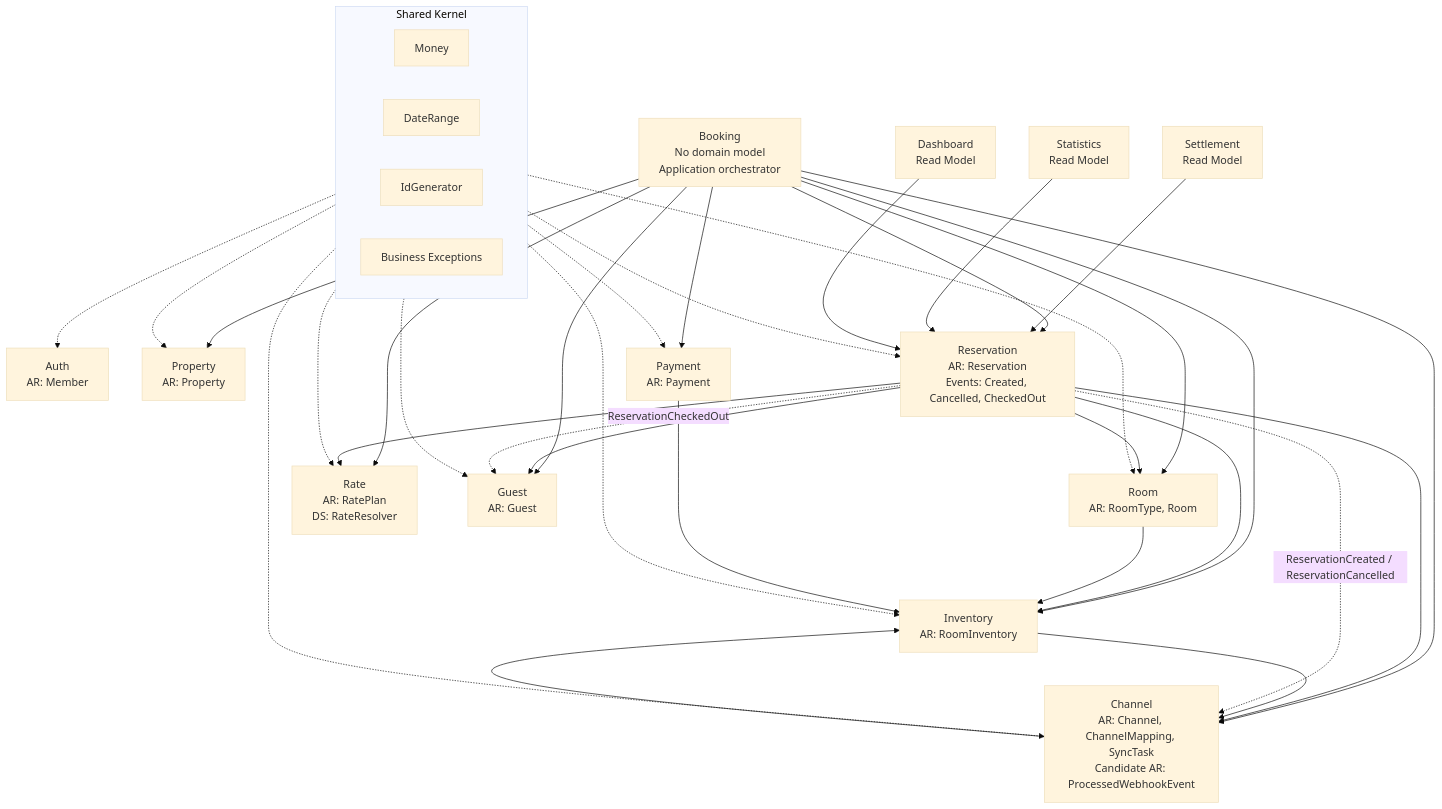
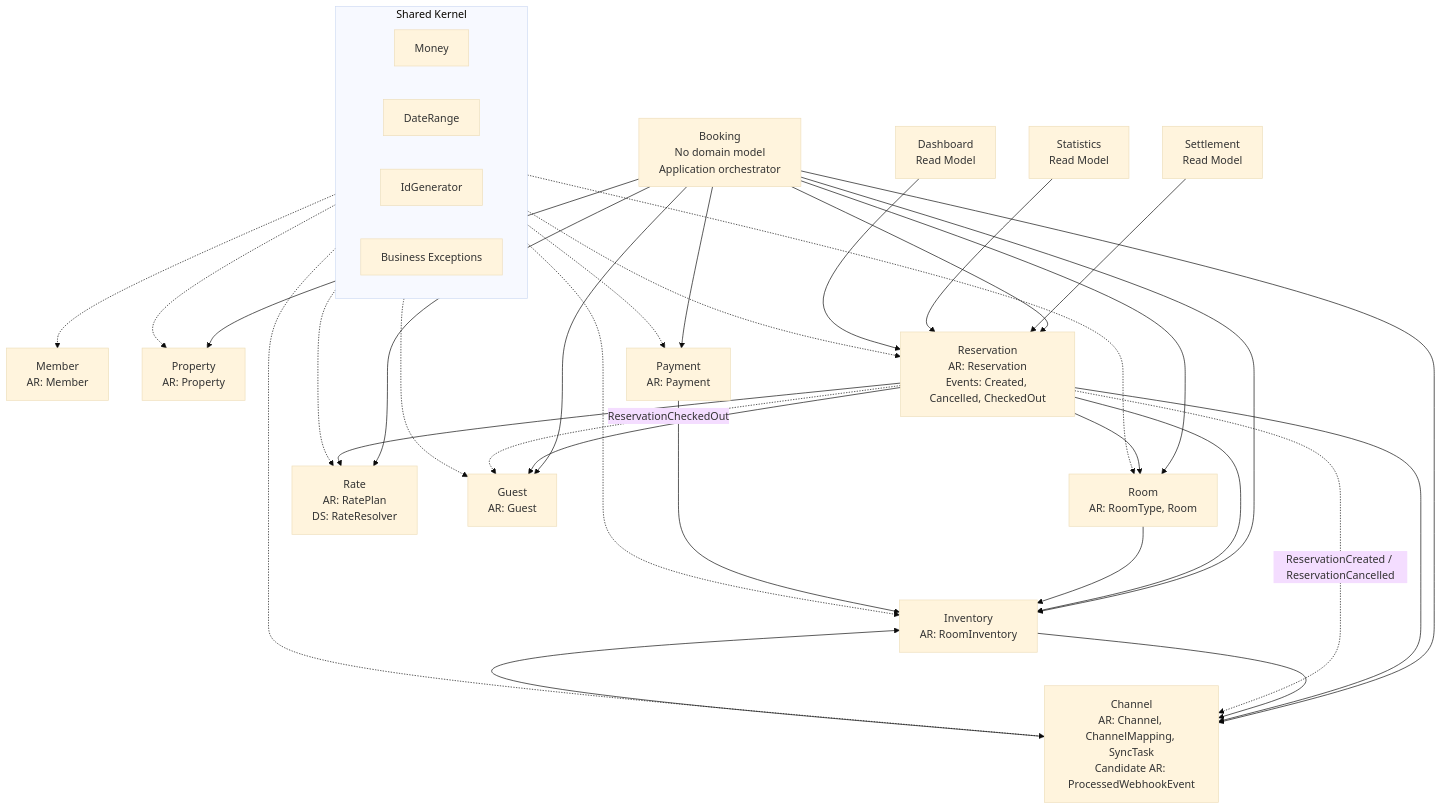
One commit to Voyager003/stayops changed the diagram in docs/domain-model/01-bounded-context-map.md. Above: the diagram before and after it, drawn with Mermaid (base theme). The commit also changed other lines of this file and 78 other files, not shown here.

````diff
--- a/docs/domain-model/01-bounded-context-map.md
+++ b/docs/domain-model/01-bounded-context-map.md
@@ -18,60 +18,60 @@
 ```mermaid
 graph TB
     subgraph shared["Shared Kernel"]
         money["Money"]
         dateRange["DateRange"]
         idGenerator["IdGenerator"]
         exceptions["Business Exceptions"]
     end
 
-    auth["Auth<br/>AR: Member"]
+    member["Member<br/>AR: Member"]
     property["Property<br/>AR: Property"]
     room["Room<br/>AR: RoomType, Room"]
     inventory["Inventory<br/>AR: RoomInventory"]
     rate["Rate<br/>AR: RatePlan<br/>DS: RateResolver"]
     guest["Guest<br/>AR: Guest"]
     reservation["Reservation<br/>AR: Reservation<br/>Events: Created, Cancelled, CheckedOut"]
     payment["Payment<br/>AR: Payment"]
     channel["Channel<br/>AR: Channel, ChannelMapping, SyncTask<br/>Candidate AR: ProcessedWebhookEvent"]
     booking["Booking<br/>No domain model<br/>Application orchestrator"]
     settlement["Settlement<br/>Read Model"]
     statistics["Statistics<br/>Read Model"]
     dashboard["Dashboard<br/>Read Model"]
 
-    shared -.-> auth
+    shared -.-> member
     shared -.-> property
     shared -.-> room
     shared -.-> inventory
     shared -.-> rate
     shared -.-> guest
     shared -.-> reservation
     shared -.-> payment
     shared -.-> channel
 
     booking --> reservation
     booking --> payment
     booking --> inventory
     booking --> guest
     booking --> rate
     booking --> property
     booking --> room
     booking --> channel
 
     reservation --> inventory
     reservation --> room
     reservation --> rate
     reservation --> channel
     reservation --> guest
 
     room --> inventory
     inventory --> channel
     payment --> inventory
     channel --> inventory
 
     reservation -.->|"ReservationCreated / ReservationCancelled"| channel
     reservation -.->|"ReservationCheckedOut"| guest
 
     settlement --> reservation
     statistics --> reservation
     dashboard --> reservation
 ```
````
